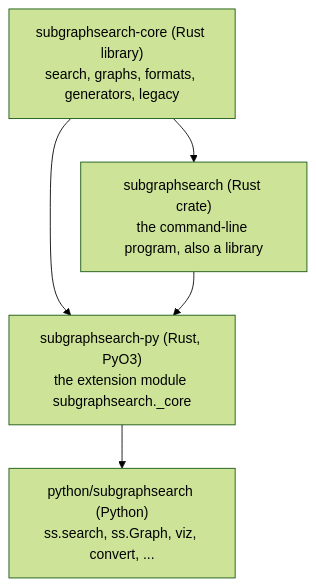
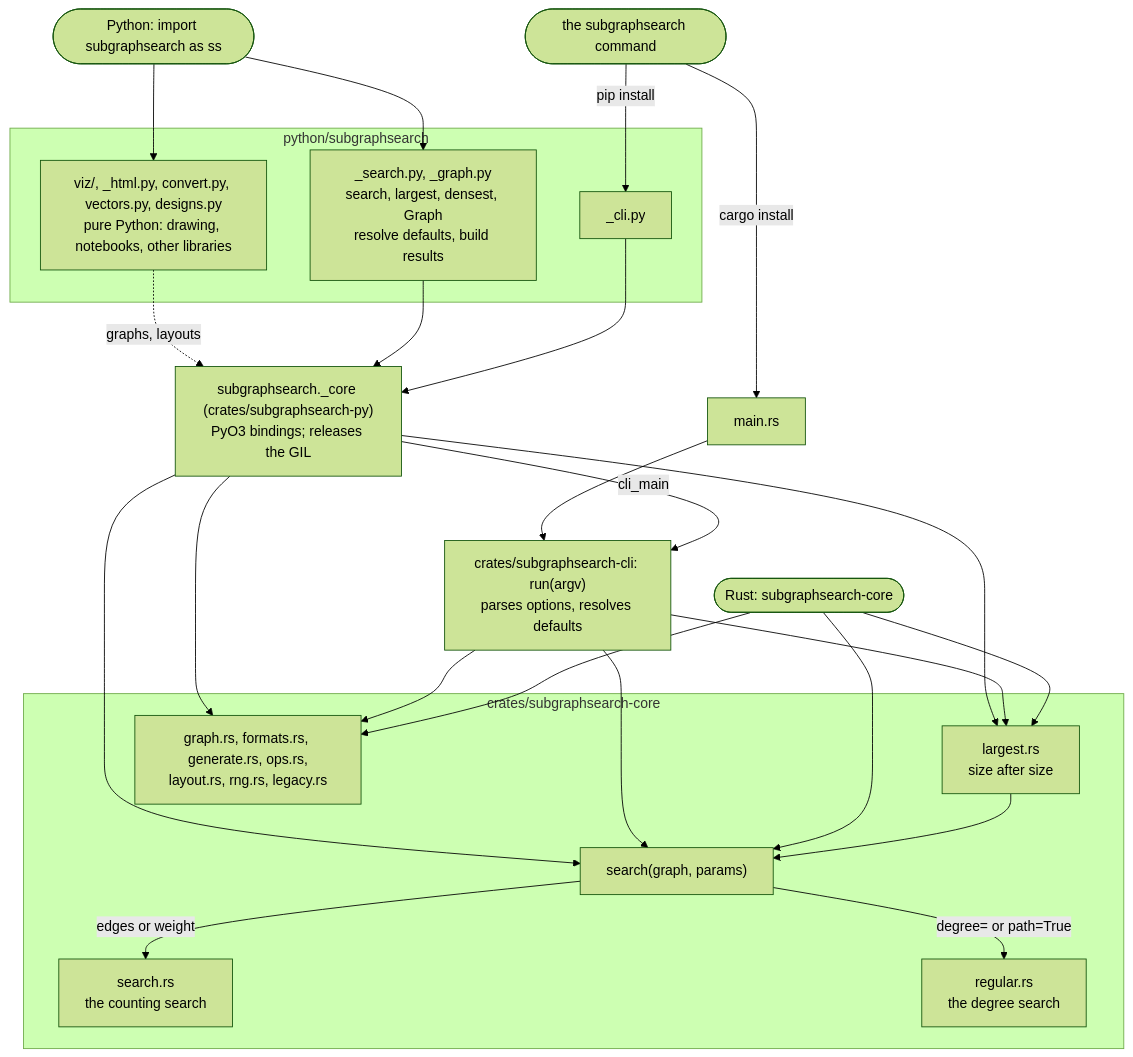
One commit to vglazer/subgraphsearch changed the diagram in ARCHITECTURE.md. Above: the diagram before and after it, drawn with Mermaid (forest theme).

Commit message:
ARCHITECTURE.md: a diagram that traces the call paths
The old diagram showed four boxes. The new one shows the three ways in
(Python, the command, Rust), both routes of the command, the Python
package's layers, where defaults are resolved and the GIL released, and
search() dispatching to the counting or the degree search.

````diff
--- a/ARCHITECTURE.md
+++ b/ARCHITECTURE.md
@@ -11,11 +11,44 @@
 ```mermaid
-flowchart TD
-    core["subgraphsearch-core (Rust library)<br/>search, graphs, formats, generators, legacy"]
-    cli["subgraphsearch (Rust crate)<br/>the command-line program, also a library"]
-    py["subgraphsearch-py (Rust, PyO3)<br/>the extension module subgraphsearch._core"]
-    pkg["python/subgraphsearch (Python)<br/>ss.search, ss.Graph, viz, convert, ..."]
-    core --> cli
-    core --> py
-    cli --> py
-    py --> pkg
+flowchart TB
+    pyuser(["Python: import subgraphsearch as ss"])
+    cmd(["the subgraphsearch command"])
+    rustuser(["Rust: subgraphsearch-core"])
+
+    subgraph pkg["python/subgraphsearch"]
+        api["_search.py, _graph.py<br/>search, largest, densest, Graph<br/>resolve defaults, build results"]
+        extras["viz/, _html.py, convert.py, vectors.py, designs.py<br/>pure Python: drawing, notebooks, other libraries"]
+        clipy["_cli.py"]
+    end
+
+    ext["subgraphsearch._core (crates/subgraphsearch-py)<br/>PyO3 bindings; releases the GIL"]
+    cli["crates/subgraphsearch-cli: run(argv)<br/>parses options, resolves defaults"]
+    bin["main.rs"]
+
+    subgraph core["crates/subgraphsearch-core"]
+        entry["search(graph, params)"]
+        counting["search.rs<br/>the counting search"]
+        degree["regular.rs<br/>the degree search"]
+        largest["largest.rs<br/>size after size"]
+        support["graph.rs, formats.rs, generate.rs, ops.rs,<br/>layout.rs, rng.rs, legacy.rs"]
+    end
+
+    pyuser --> api
+    pyuser --> extras
+    extras -. "graphs, layouts" .-> ext
+    api --> ext
+    cmd -- "pip install" --> clipy --> ext
+    cmd -- "cargo install" --> bin --> cli
+    ext -- "cli_main" --> cli
+    ext --> entry
+    ext --> largest
+    ext --> support
+    cli --> entry
+    cli --> largest
+    cli --> support
+    rustuser --> entry
+    rustuser --> largest
+    rustuser --> support
+    largest --> entry
+    entry -- "edges or weight" --> counting
+    entry -- "degree= or path=True" --> degree
 ```
````
